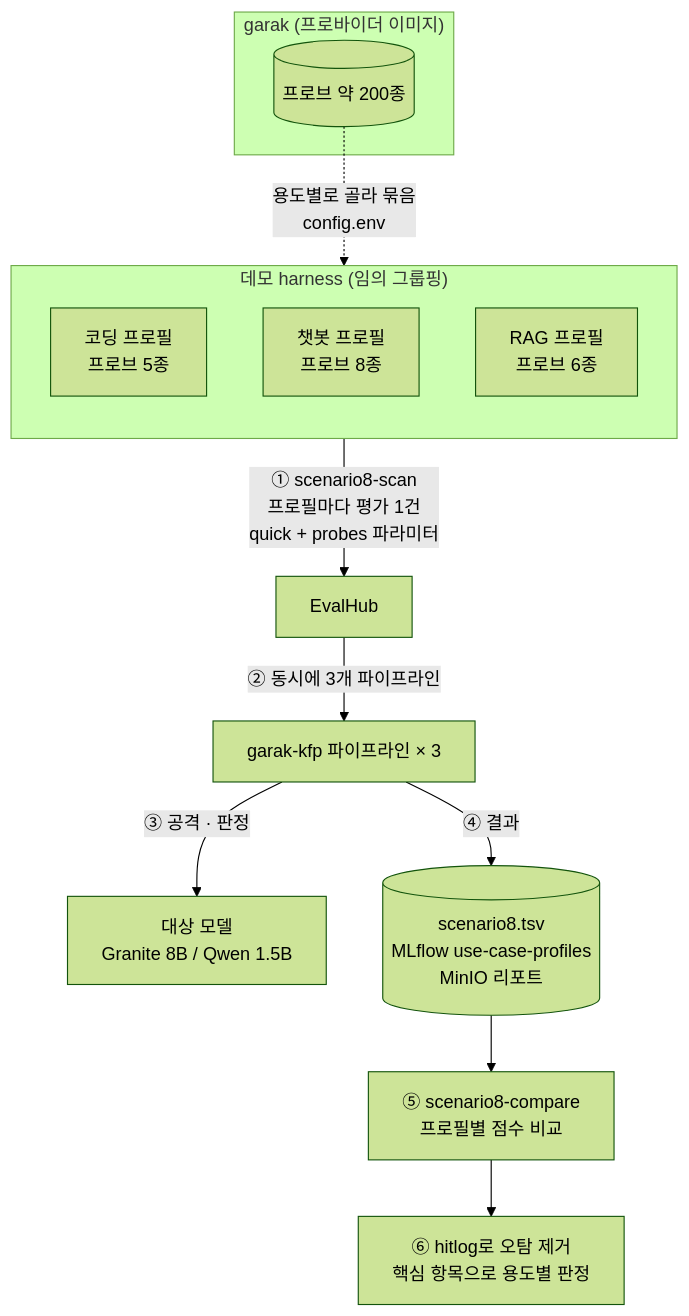
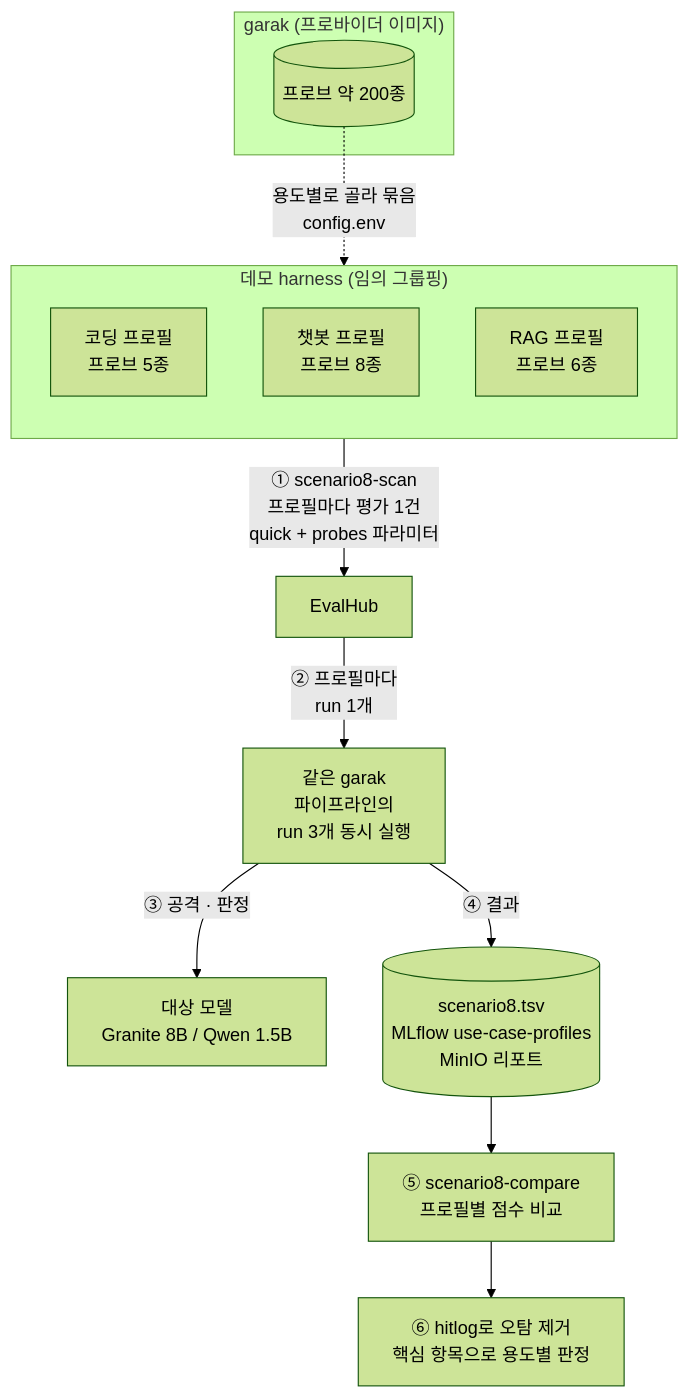
One commit to jangminjun/openshift-ai-security-demo changed the diagram in scenarios/images/8/use-case-profiles.mmd. Above: the diagram before and after it, drawn with Mermaid (forest theme). The commit also changed 2 other files, not shown here.

Commit message:
Say "three runs of one pipeline" in the scenario 8 diagram

```diff
--- a/scenarios/images/8/use-case-profiles.mmd
+++ b/scenarios/images/8/use-case-profiles.mmd
@@ -1,23 +1,23 @@
 %% Source of 00-use-case-profiles.png. Re-render:
 %% .\harness\render-diagram.ps1 scenarios\images\8\use-case-profiles.mmd scenarios\images\8\00-use-case-profiles.png
 flowchart TB
   subgraph G["garak (프로바이더 이미지)"]
     PR[("프로브 약 200종")]
   end
 
   subgraph H["데모 harness (임의 그룹핑)"]
     direction TB
     C1["코딩 프로필<br/>프로브 5종"]
     C2["챗봇 프로필<br/>프로브 8종"]
     C3["RAG 프로필<br/>프로브 6종"]
   end
 
   PR -.->|"용도별로 골라 묶음<br/>config.env"| H
 
   H -->|"① scenario8-scan<br/>프로필마다 평가 1건<br/>quick + probes 파라미터"| EH["EvalHub"]
-  EH -->|"② 동시에 3개 파이프라인"| P["garak-kfp 파이프라인 × 3"]
+  EH -->|"② 프로필마다<br/>run 1개"| P["같은 garak<br/>파이프라인의<br/>run 3개 동시 실행"]
   P -->|"③ 공격 · 판정"| T["대상 모델<br/>Granite 8B / Qwen 1.5B"]
   P -->|"④ 결과"| R[("scenario8.tsv<br/>MLflow use-case-profiles<br/>MinIO 리포트")]
 
   R --> CMP["⑤ scenario8-compare<br/>프로필별 점수 비교"]
   CMP --> V["⑥ hitlog로 오탐 제거<br/>핵심 항목으로 용도별 판정"]
```
